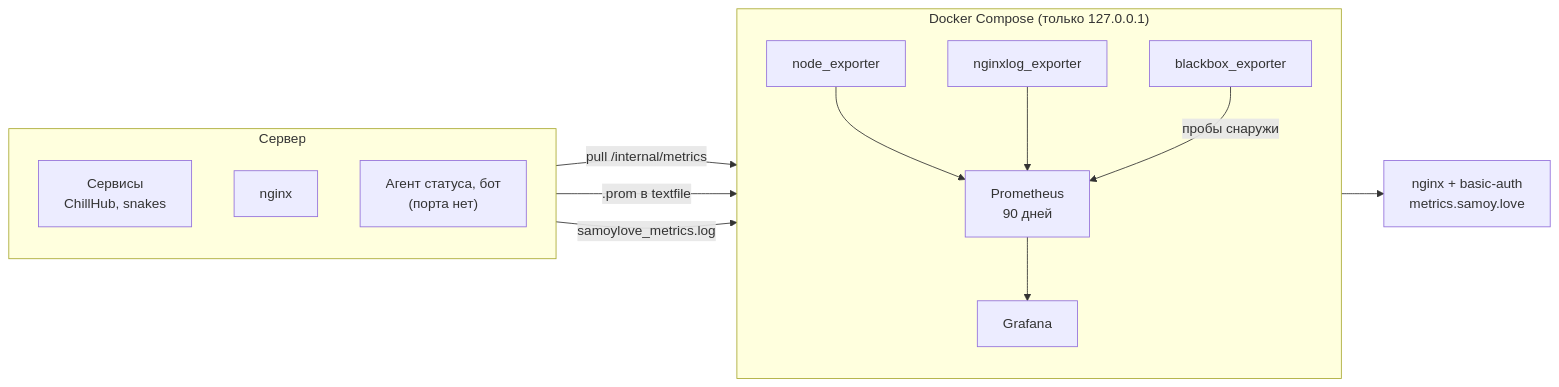
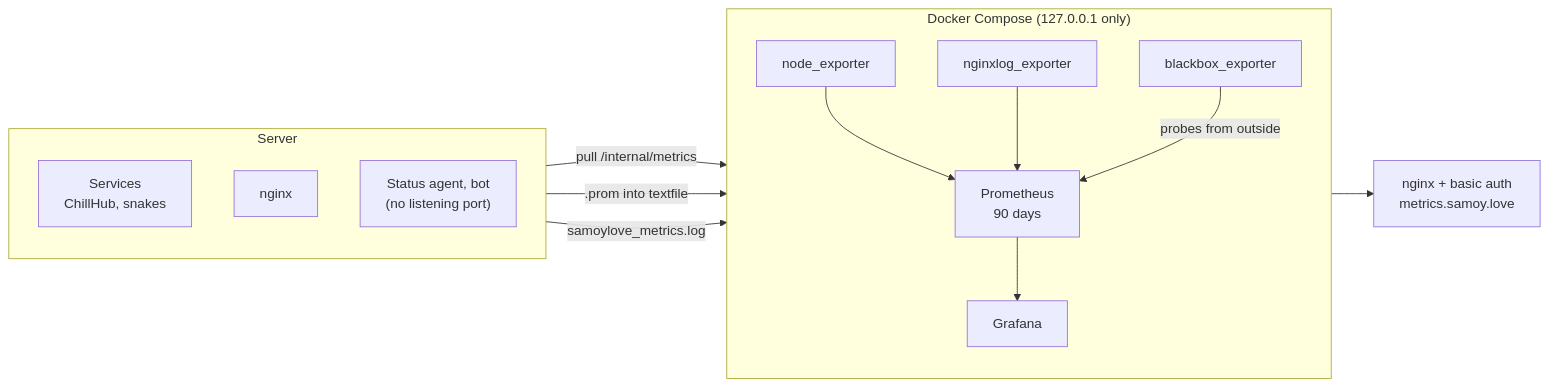
One commit to samoy-love/metrics.samoy.love changed the diagram in README.md. Above: the diagram before and after it, drawn with Mermaid. The commit also changed other lines of this file and 2 other files, not shown here.

````diff
--- a/README.md
+++ b/README.md
@@ -43,27 +39,27 @@
 ```mermaid
 flowchart LR
-    subgraph host["Сервер"]
+    subgraph host["Server"]
         direction TB
-        svc["Сервисы<br/>ChillHub, snakes"]
+        svc["Services<br/>ChillHub, snakes"]
         nginx["nginx"]
-        timer["Агент статуса, бот<br/>(порта нет)"]
+        timer["Status agent, bot<br/>(no listening port)"]
     end
 
-    subgraph compose["Docker Compose (только 127.0.0.1)"]
+    subgraph compose["Docker Compose (127.0.0.1 only)"]
         direction TB
         node["node_exporter"]
         nglog["nginxlog_exporter"]
         bb["blackbox_exporter"]
-        prom["Prometheus<br/>90 дней"]
+        prom["Prometheus<br/>90 days"]
         graf["Grafana"]
     end
 
     svc -->|"pull /internal/metrics"| prom
-    timer -->|".prom в textfile"| node
+    timer -->|".prom into textfile"| node
     nginx -->|"samoylove_metrics.log"| nglog
     node --> prom
     nglog --> prom
-    bb -->|"пробы снаружи"| prom
+    bb -->|"probes from outside"| prom
     prom --> graf
-    graf --> gate["nginx + basic-auth<br/>metrics.samoy.love"]
+    graf --> gate["nginx + basic auth<br/>metrics.samoy.love"]
 ```
````
